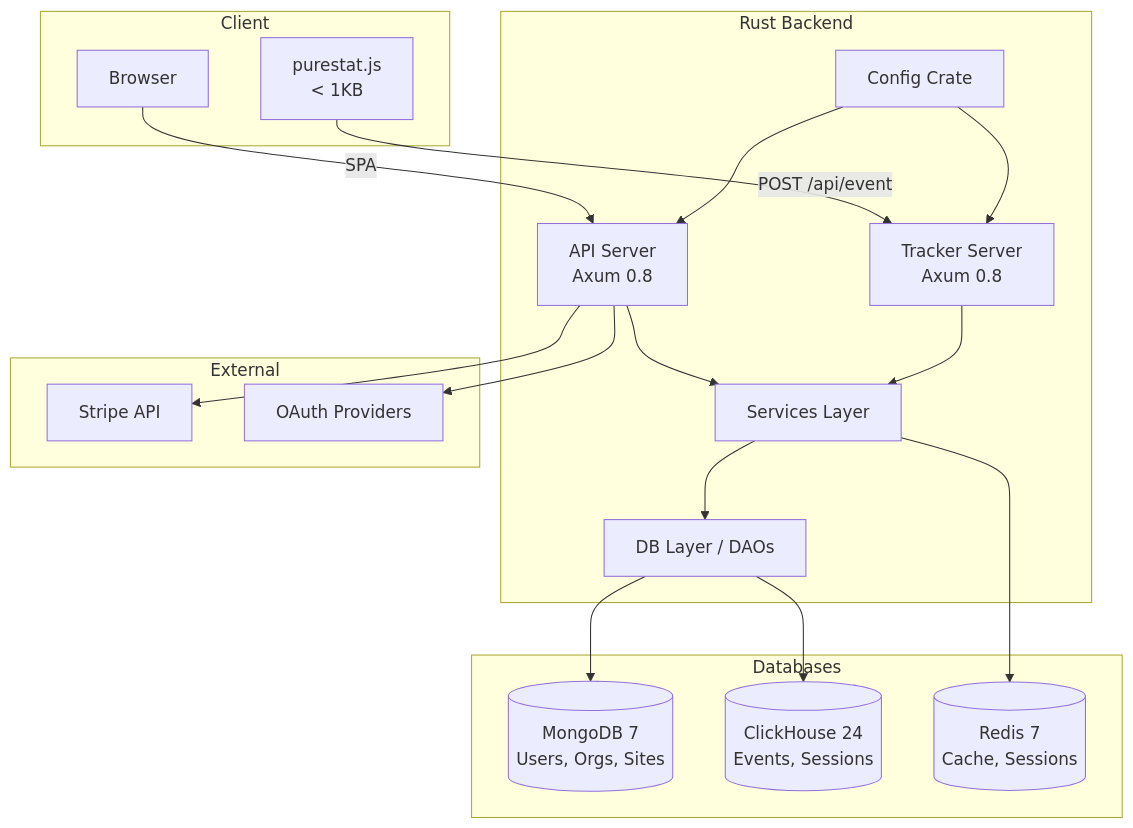
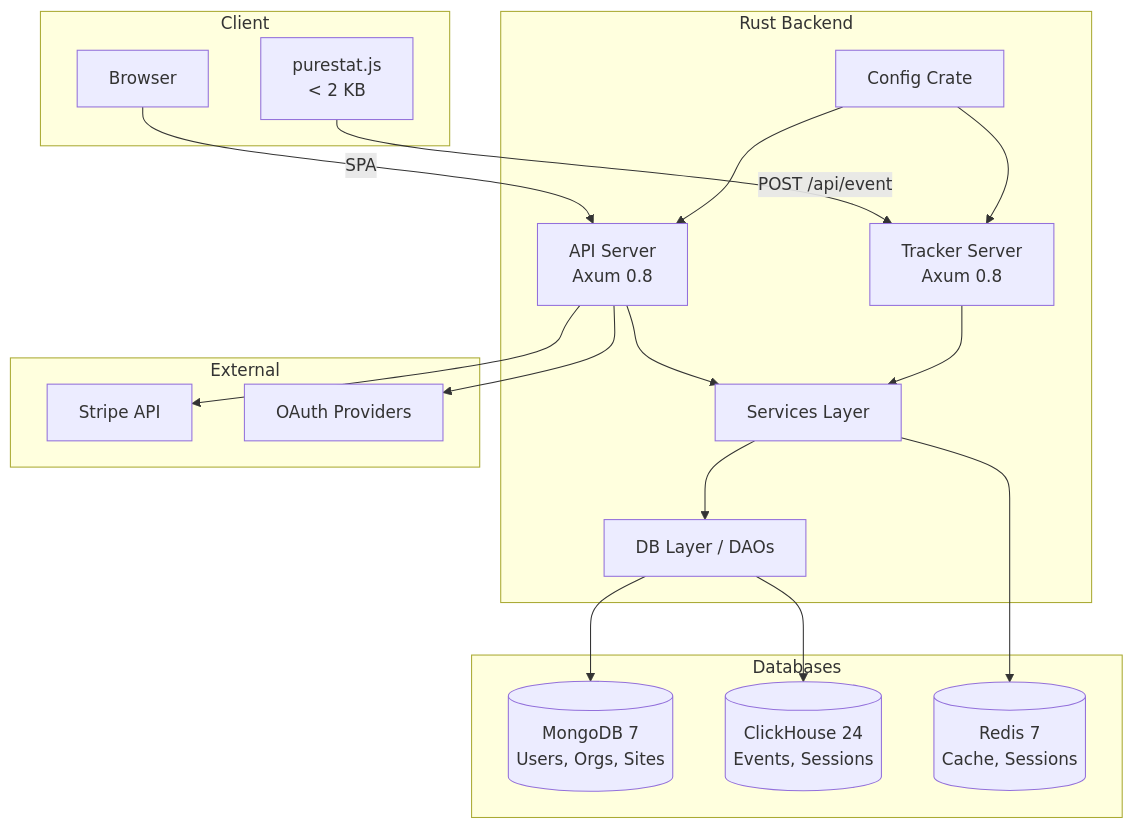
The diagram in README.md (gjovanov/purestat), drawn with Mermaid before and after one commit. The commit also changed other lines of this file and 14 other files, not shown here.

````diff
--- a/README.md
+++ b/README.md
@@ -60,39 +61,39 @@
 ```mermaid
 graph TB
     subgraph Client
         Browser[Browser]
-        TrackerJS[purestat.js<br/>< 1KB]
+        TrackerJS[purestat.js<br/>< 2 KB]
     end
 
     subgraph "Rust Backend"
         API[API Server<br/>Axum 0.8]
         Tracker[Tracker Server<br/>Axum 0.8]
         Services[Services Layer]
         DB[DB Layer / DAOs]
         Config[Config Crate]
     end
 
     subgraph Databases
         MongoDB[(MongoDB 7<br/>Users, Orgs, Sites)]
         ClickHouse[(ClickHouse 24<br/>Events, Sessions)]
         Redis[(Redis 7<br/>Cache, Sessions)]
     end
 
     subgraph External
         Stripe[Stripe API]
         OAuth[OAuth Providers]
     end
 
     Browser -->|SPA| API
     TrackerJS -->|POST /api/event| Tracker
     API --> Services
     Tracker --> Services
     Services --> DB
     DB --> MongoDB
     DB --> ClickHouse
     Services --> Redis
     API --> Stripe
     API --> OAuth
     Config --> API
     Config --> Tracker
 ```
````
